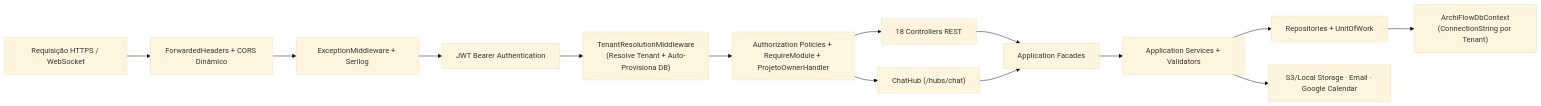
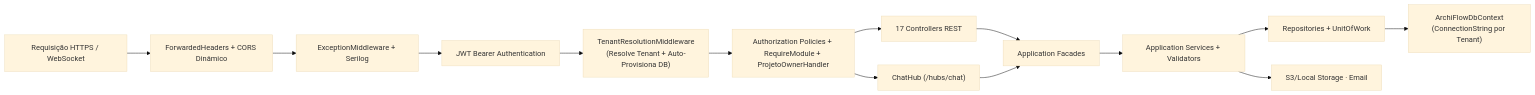
Before and after one commit to GabrielBandoch/ArchiFlow.API: the third of 3 diagrams in wiki/Arquitetura.md, drawn with Mermaid (base theme). The commit also changed other lines of this file and 7 other files, not shown here.

````diff
--- a/wiki/Arquitetura.md
+++ b/wiki/Arquitetura.md
@@ -86,18 +79,18 @@
 ```mermaid
 flowchart LR
     Req["Requisição HTTPS / WebSocket"] --> Fwd["ForwardedHeaders + CORS Dinâmico"]
     Fwd --> Exc["ExceptionMiddleware + Serilog"]
     Exc --> Auth["JWT Bearer Authentication"]
     Auth --> TenantMW["TenantResolutionMiddleware<br/>(Resolve Tenant + Auto-Provisiona DB)"]
     TenantMW --> Authz["Authorization Policies + RequireModule + ProjetoOwnerHandler"]
 
-    Authz --> Controllers["18 Controllers REST"]
+    Authz --> Controllers["17 Controllers REST"]
     Authz --> Hub["ChatHub (/hubs/chat)"]
 
     Controllers --> Facades["Application Facades"]
     Hub --> Facades
     Facades --> Services["Application Services + Validators"]
     Services --> UoW["Repositories + UnitOfWork"]
     UoW --> DbCtx["ArchiFlowDbContext<br/>(ConnectionString por Tenant)"]
-    Services --> InfraExt["S3/Local Storage · Email · Google Calendar"]
+    Services --> InfraExt["S3/Local Storage · Email"]
 ```
````
